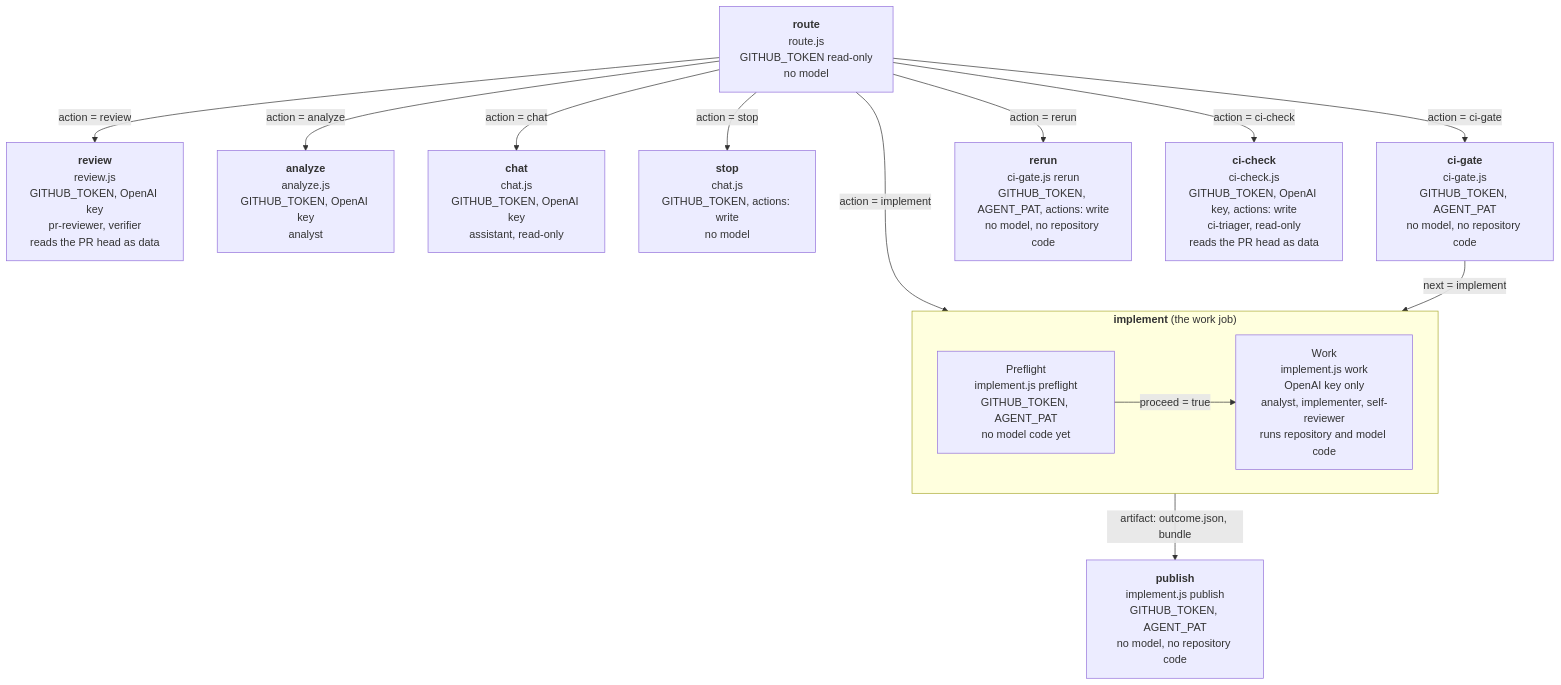
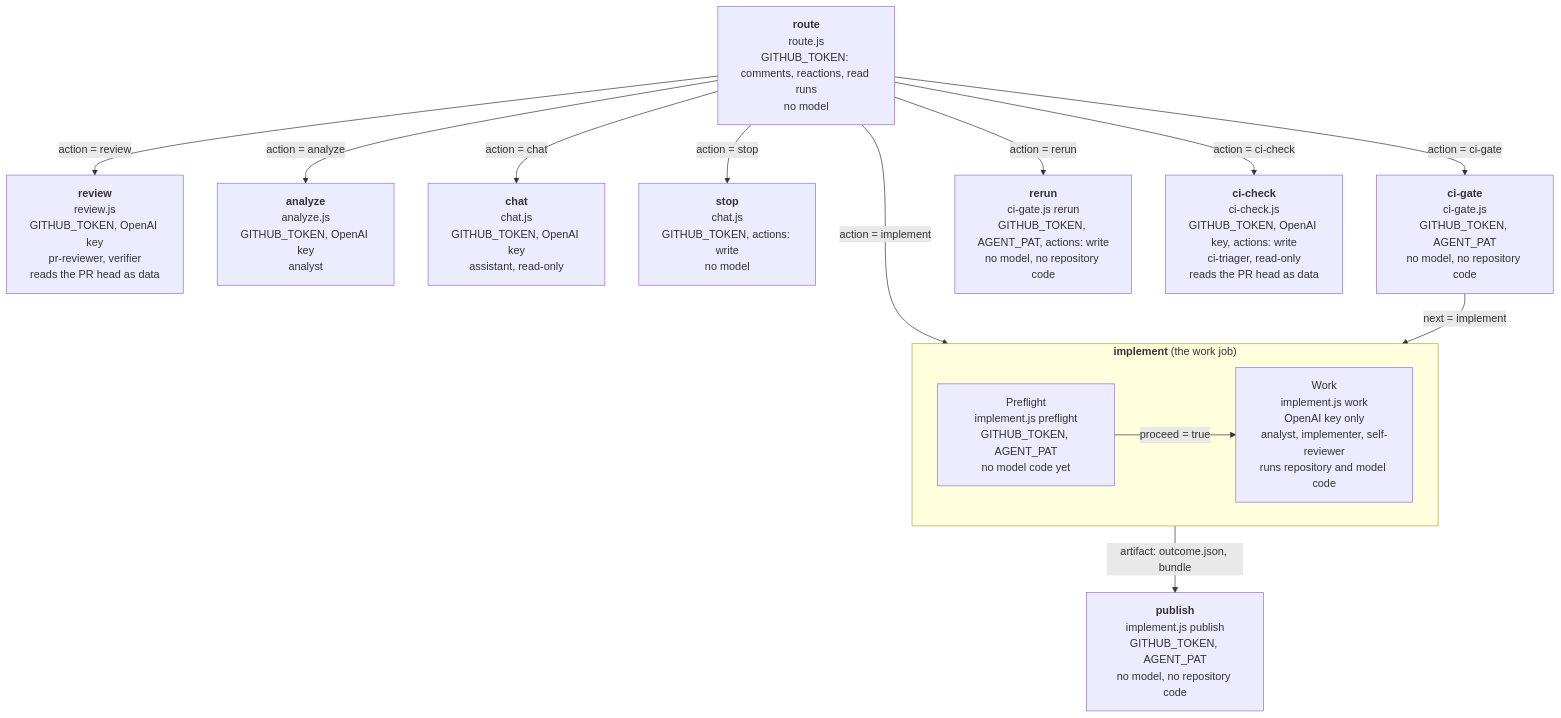
One commit to Netcracker/qubership-apihub changed the second of 11 diagrams in docs/internal/autonomous-agent/architecture.md. Above: the diagram before and after it, drawn with Mermaid. The commit also changed other lines of this file and 15 other files, not shown here.

````diff
--- a/docs/internal/autonomous-agent/architecture.md
+++ b/docs/internal/autonomous-agent/architecture.md
@@ -99,19 +101,19 @@
 ```mermaid
 flowchart TB
-  ROUTE["<b>route</b><br/>route.js<br/>GITHUB_TOKEN read-only<br/>no model"]
+  ROUTE["<b>route</b><br/>route.js<br/>GITHUB_TOKEN: comments, reactions, read runs<br/>no model"]
   ROUTE -- "action = review" --> REVIEW["<b>review</b><br/>review.js<br/>GITHUB_TOKEN, OpenAI key<br/>pr-reviewer, verifier<br/>reads the PR head as data"]
   ROUTE -- "action = analyze" --> ANALYZE["<b>analyze</b><br/>analyze.js<br/>GITHUB_TOKEN, OpenAI key<br/>analyst"]
   ROUTE -- "action = chat" --> CHAT["<b>chat</b><br/>chat.js<br/>GITHUB_TOKEN, OpenAI key<br/>assistant, read-only"]
   ROUTE -- "action = stop" --> STOP["<b>stop</b><br/>chat.js<br/>GITHUB_TOKEN, actions: write<br/>no model"]
   ROUTE -- "action = ci-gate" --> GATE["<b>ci-gate</b><br/>ci-gate.js<br/>GITHUB_TOKEN, AGENT_PAT<br/>no model, no repository code"]
   ROUTE -- "action = rerun" --> RERUN["<b>rerun</b><br/>ci-gate.js rerun<br/>GITHUB_TOKEN, AGENT_PAT, actions: write<br/>no model, no repository code"]
   ROUTE -- "action = ci-check" --> CICHECK["<b>ci-check</b><br/>ci-check.js<br/>GITHUB_TOKEN, OpenAI key, actions: write<br/>ci-triager, read-only<br/>reads the PR head as data"]
   ROUTE -- "action = implement" --> IMPL
   GATE -- "next = implement" --> IMPL
   subgraph IMPL["<b>implement</b> (the work job)"]
     PRE["Preflight<br/>implement.js preflight<br/>GITHUB_TOKEN, AGENT_PAT<br/>no model code yet"]
     WORK["Work<br/>implement.js work<br/>OpenAI key only<br/>analyst, implementer, self-reviewer<br/>runs repository and model code"]
     PRE -- "proceed = true" --> WORK
   end
   IMPL -- "artifact: outcome.json, bundle" --> PUB["<b>publish</b><br/>implement.js publish<br/>GITHUB_TOKEN, AGENT_PAT<br/>no model, no repository code"]
 ```
````
